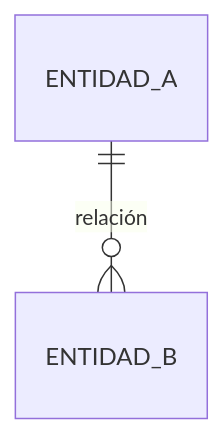
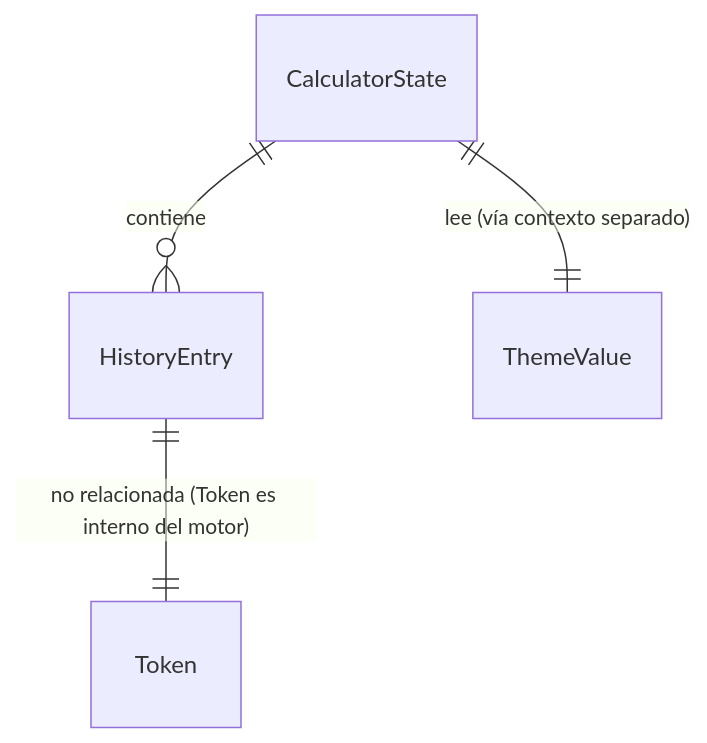
Before and after one commit to ailablearning-dot/repo-clase: the diagram in docs/data-model.md, drawn with Mermaid. The commit also changed other lines of this file and 1 other file, not shown here.

````diff
--- a/docs/data-model.md
+++ b/docs/data-model.md
@@ -39,4 +130,6 @@
 ```mermaid
 erDiagram
-  ENTIDAD_A ||--o{ ENTIDAD_B : "relación"
+  CalculatorState ||--o{ HistoryEntry : "contiene"
+  CalculatorState ||--|| ThemeValue   : "lee (vía contexto separado)"
+  HistoryEntry    ||--|| Token        : "no relacionada (Token es interno del motor)"
 ```
````
